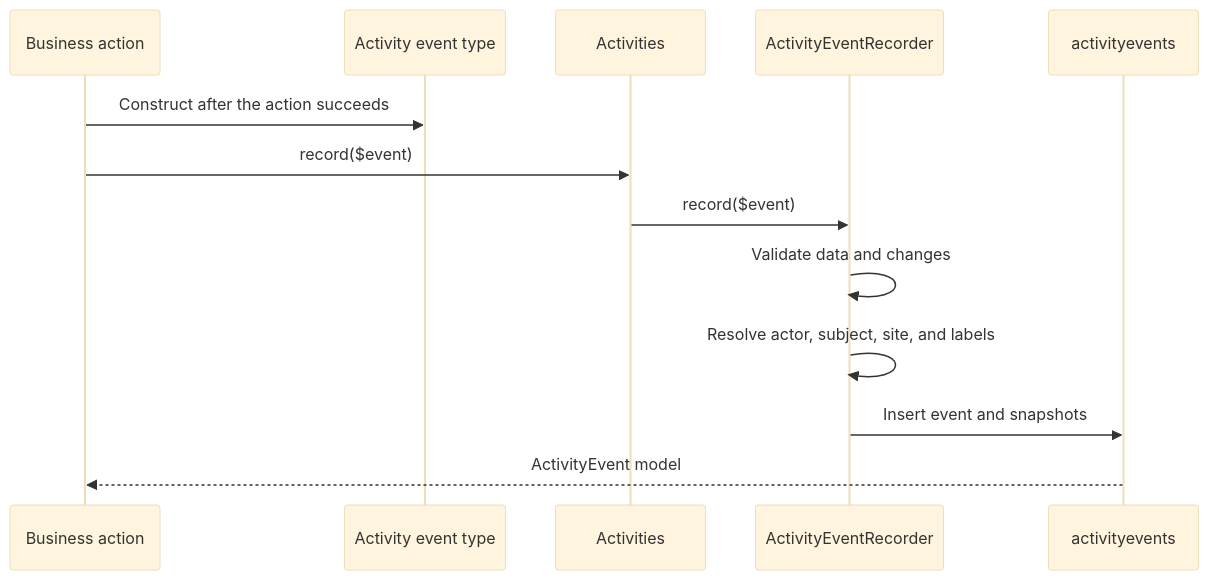
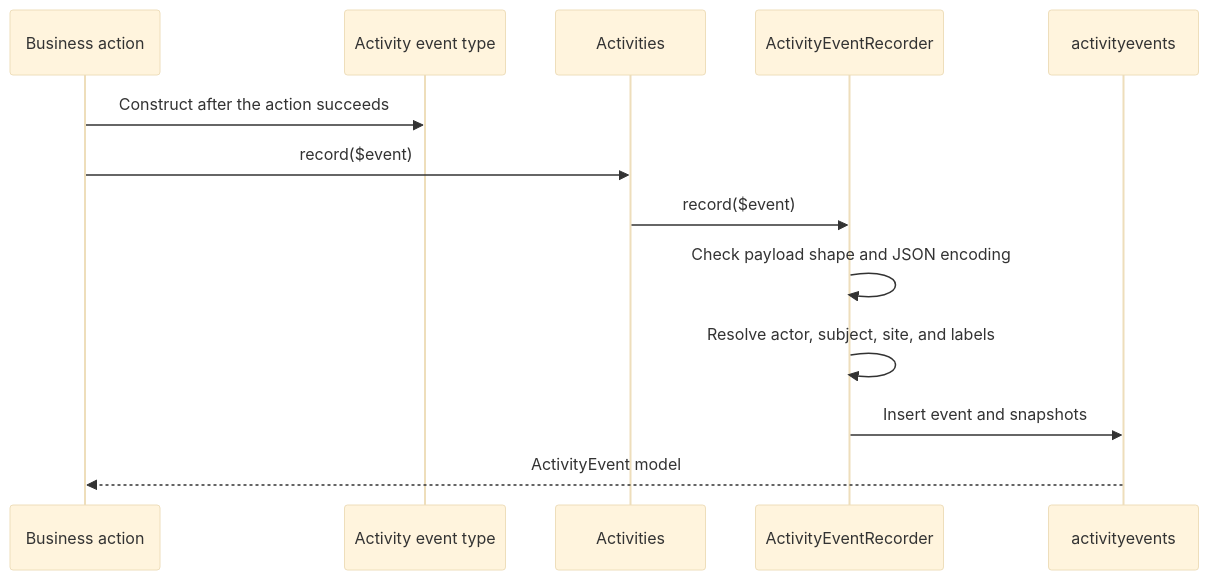
One commit to craftcms/cms changed the first of 2 diagrams in docs/activity-logging.md. Above: the diagram before and after it, drawn with Mermaid (base theme). The commit also changed other lines of this file and 10 other files, not shown here.

````diff
--- a/docs/activity-logging.md
+++ b/docs/activity-logging.md
@@ -11,16 +11,16 @@
 ```mermaid
 sequenceDiagram
     participant Action as Business action
     participant Type as Activity event type
     participant Activities
     participant Recorder as ActivityEventRecorder
     participant DB as activityevents
 
     Action->>Type: Construct after the action succeeds
     Action->>Activities: record($event)
     Activities->>Recorder: record($event)
-    Recorder->>Recorder: Validate data and changes
+    Recorder->>Recorder: Check payload shape and JSON encoding
     Recorder->>Recorder: Resolve actor, subject, site, and labels
     Recorder->>DB: Insert event and snapshots
     DB-->>Action: ActivityEvent model
 ```
````
